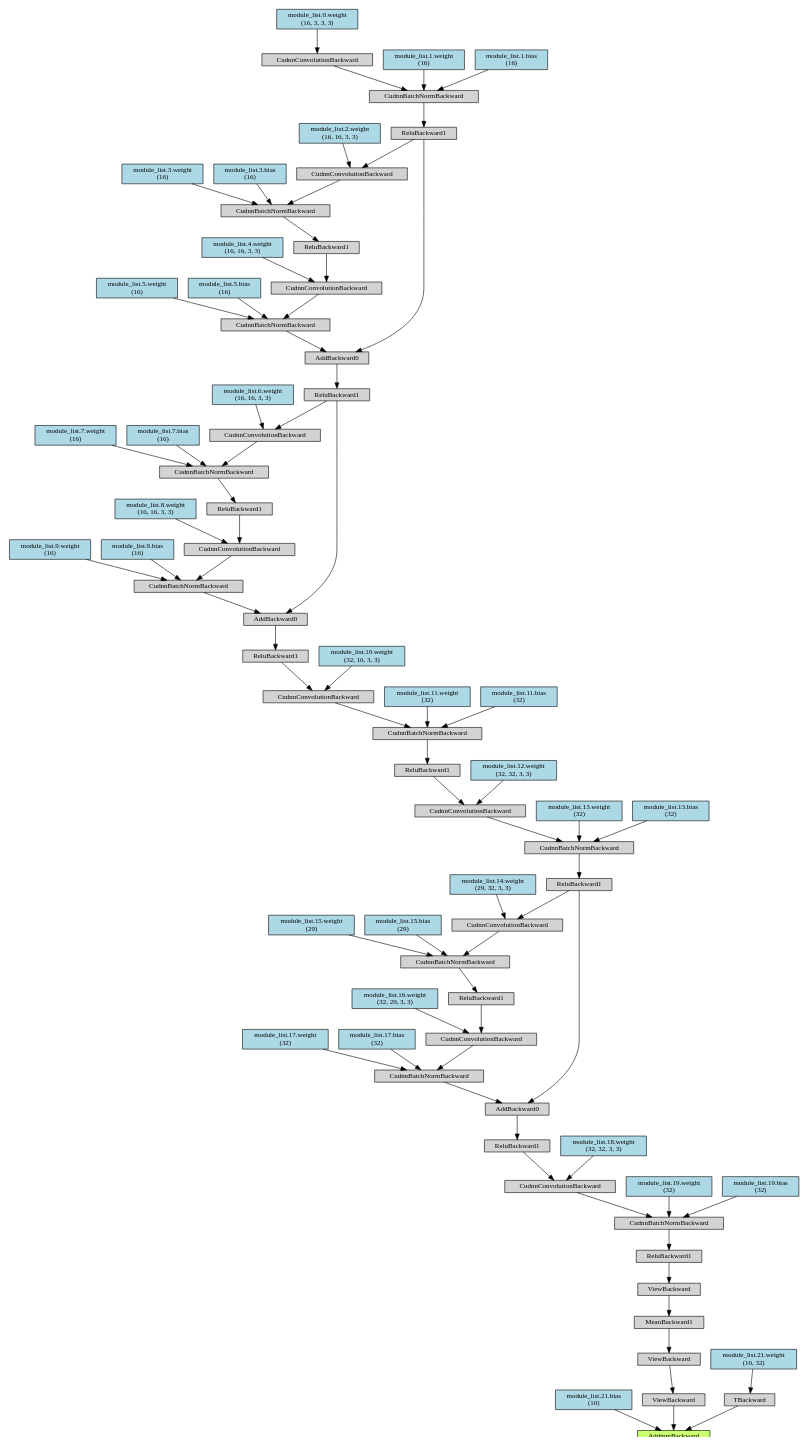
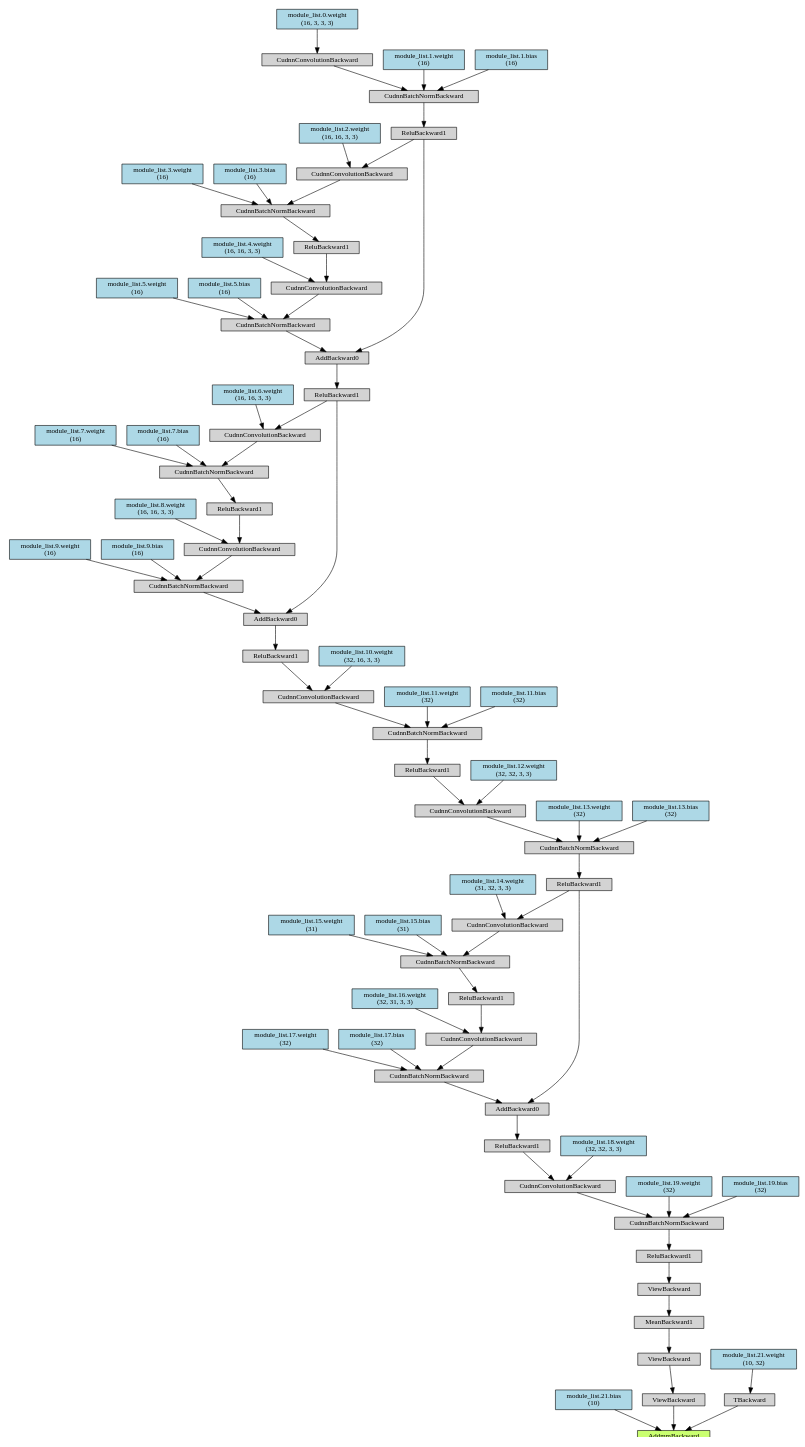
The diagram in PruneTrain5_0.dot (j3ssi/MA_Source), drawn with Graphviz before and after one commit. The commit also changed 50 other files, not shown here.

```diff
--- a/PruneTrain5_0.dot
+++ b/PruneTrain5_0.dot
@@ -1,180 +1,180 @@
 digraph {
 	graph [size="21.599999999999998,21.599999999999998"]
 	node [align=left fontsize=12 height=0.2 ranksep=0.1 shape=box style=filled]
-	140474094334976 [label=AddmmBackward fillcolor=darkolivegreen1]
-	140474094334696 -> 140474094334976
-	140474094334696 [label="module_list.21.bias
+	140367791400384 [label=AddmmBackward fillcolor=darkolivegreen1]
+	140366090805144 -> 140367791400384
+	140366090805144 [label="module_list.21.bias
  (10)" fillcolor=lightblue]
-	140474094359104 -> 140474094334976
-	140474094359104 [label=ViewBackward]
-	140474093942824 -> 140474094359104
-	140474093942824 [label=ViewBackward]
-	140474093942880 -> 140474093942824
-	140474093942880 [label=MeanBackward1]
-	140474093942768 -> 140474093942880
-	140474093942768 [label=ViewBackward]
-	140474093942656 -> 140474093942768
-	140474093942656 [label=ReluBackward1]
-	140474093942544 -> 140474093942656
-	140474093942544 [label=CudnnBatchNormBackward]
-	140474093942320 -> 140474093942544
-	140474093942320 [label=CudnnConvolutionBackward]
-	140474093940976 -> 140474093942320
-	140474093940976 [label=ReluBackward1]
-	140474093942040 -> 140474093940976
-	140474093942040 [label=AddBackward0]
-	140474093941984 -> 140474093942040
-	140474093941984 [label=ReluBackward1]
-	140474093941536 -> 140474093941984
-	140474093941536 [label=CudnnBatchNormBackward]
-	140474093941256 -> 140474093941536
-	140474093941256 [label=CudnnConvolutionBackward]
-	140474093942936 -> 140474093941256
-	140474093942936 [label=ReluBackward1]
-	140474093943104 -> 140474093942936
-	140474093943104 [label=CudnnBatchNormBackward]
-	140474093943272 -> 140474093943104
-	140474093943272 [label=CudnnConvolutionBackward]
-	140474093943496 -> 140474093943272
-	140474093943496 [label=ReluBackward1]
-	140474093943664 -> 140474093943496
-	140474093943664 [label=AddBackward0]
-	140474093943832 -> 140474093943664
-	140474093943832 [label=ReluBackward1]
-	140474093944000 -> 140474093943832
-	140474093944000 [label=AddBackward0]
-	140474093944168 -> 140474093944000
-	140474093944168 [label=ReluBackward1]
-	140474093944336 -> 140474093944168
-	140474093944336 [label=CudnnBatchNormBackward]
-	140474093944504 -> 140474093944336
-	140474093944504 [label=CudnnConvolutionBackward]
-	140474093944728 -> 140474093944504
-	140474093944728 [label="module_list.0.weight
+	140366090803016 -> 140367791400384
+	140366090803016 [label=ViewBackward]
+	140366089795232 -> 140366090803016
+	140366089795232 [label=ViewBackward]
+	140366089794112 -> 140366089795232
+	140366089794112 [label=MeanBackward1]
+	140366089794896 -> 140366089794112
+	140366089794896 [label=ViewBackward]
+	140366089794504 -> 140366089794896
+	140366089794504 [label=ReluBackward1]
+	140366089793608 -> 140366089794504
+	140366089793608 [label=CudnnBatchNormBackward]
+	140366089794672 -> 140366089793608
+	140366089794672 [label=CudnnConvolutionBackward]
+	140366089793944 -> 140366089794672
+	140366089793944 [label=ReluBackward1]
+	140366089793720 -> 140366089793944
+	140366089793720 [label=AddBackward0]
+	140366089564232 -> 140366089793720
+	140366089564232 [label=ReluBackward1]
+	140366089763808 -> 140366089564232
+	140366089763808 [label=CudnnBatchNormBackward]
+	140366089762576 -> 140366089763808
+	140366089762576 [label=CudnnConvolutionBackward]
+	140366089764200 -> 140366089762576
+	140366089764200 [label=ReluBackward1]
+	140366089763696 -> 140366089764200
+	140366089763696 [label=CudnnBatchNormBackward]
+	140366089762744 -> 140366089763696
+	140366089762744 [label=CudnnConvolutionBackward]
+	140366089764144 -> 140366089762744
+	140366089764144 [label=ReluBackward1]
+	140366089763584 -> 140366089764144
+	140366089763584 [label=AddBackward0]
+	140366089762688 -> 140366089763584
+	140366089762688 [label=ReluBackward1]
+	140366089761232 -> 140366089762688
+	140366089761232 [label=AddBackward0]
+	140366089762240 -> 140366089761232
+	140366089762240 [label=ReluBackward1]
+	140366089761736 -> 140366089762240
+	140366089761736 [label=CudnnBatchNormBackward]
+	140366089762408 -> 140366089761736
+	140366089762408 [label=CudnnConvolutionBackward]
+	140366089761008 -> 140366089762408
+	140366089761008 [label="module_list.0.weight
  (16, 3, 3, 3)" fillcolor=lightblue]
-	140474093944560 -> 140474093944336
-	140474093944560 [label="module_list.1.weight
+	140366089762128 -> 140366089761736
+	140366089762128 [label="module_list.1.weight
  (16)" fillcolor=lightblue]
-	140474093944616 -> 140474093944336
-	140474093944616 [label="module_list.1.bias
+	140366089762072 -> 140366089761736
+	140366089762072 [label="module_list.1.bias
  (16)" fillcolor=lightblue]
-	140474093944224 -> 140474093944000
-	140474093944224 [label=CudnnBatchNormBackward]
-	140474093944392 -> 140474093944224
-	140474093944392 [label=CudnnConvolutionBackward]
-	140473264648320 -> 140474093944392
-	140473264648320 [label=ReluBackward1]
-	140473264648488 -> 140473264648320
-	140473264648488 [label=CudnnBatchNormBackward]
-	140473264648600 -> 140473264648488
-	140473264648600 [label=CudnnConvolutionBackward]
-	140474093944168 -> 140473264648600
-	140473264648824 -> 140473264648600
-	140473264648824 [label="module_list.2.weight
+	140366089762856 -> 140366089761232
+	140366089762856 [label=CudnnBatchNormBackward]
+	140366089762352 -> 140366089762856
+	140366089762352 [label=CudnnConvolutionBackward]
+	140366089761792 -> 140366089762352
+	140366089761792 [label=ReluBackward1]
+	140366089761624 -> 140366089761792
+	140366089761624 [label=CudnnBatchNormBackward]
+	140366089760896 -> 140366089761624
+	140366089760896 [label=CudnnConvolutionBackward]
+	140366089762240 -> 140366089760896
+	140366089654112 -> 140366089760896
+	140366089654112 [label="module_list.2.weight
  (16, 16, 3, 3)" fillcolor=lightblue]
-	140473264648656 -> 140473264648488
-	140473264648656 [label="module_list.3.weight
+	140366089761400 -> 140366089761624
+	140366089761400 [label="module_list.3.weight
  (16)" fillcolor=lightblue]
-	140473264648712 -> 140473264648488
-	140473264648712 [label="module_list.3.bias
+	140366087751384 -> 140366089761624
+	140366087751384 [label="module_list.3.bias
  (16)" fillcolor=lightblue]
-	140473264648376 -> 140474093944392
-	140473264648376 [label="module_list.4.weight
+	140366089761904 -> 140366089762352
+	140366089761904 [label="module_list.4.weight
  (16, 16, 3, 3)" fillcolor=lightblue]
-	140474093944672 -> 140474093944224
-	140474093944672 [label="module_list.5.weight
+	140366089761456 -> 140366089762856
+	140366089761456 [label="module_list.5.weight
  (16)" fillcolor=lightblue]
-	140474093944784 -> 140474093944224
-	140474093944784 [label="module_list.5.bias
+	140366089762296 -> 140366089762856
+	140366089762296 [label="module_list.5.bias
  (16)" fillcolor=lightblue]
-	140474093943888 -> 140474093943664
-	140474093943888 [label=CudnnBatchNormBackward]
-	140474093944056 -> 140474093943888
-	140474093944056 [label=CudnnConvolutionBackward]
-	140473264648768 -> 140474093944056
-	140473264648768 [label=ReluBackward1]
-	140473264648992 -> 140473264648768
-	140473264648992 [label=CudnnBatchNormBackward]
-	140473264648936 -> 140473264648992
-	140473264648936 [label=CudnnConvolutionBackward]
-	140474093943832 -> 140473264648936
-	140473264649272 -> 140473264648936
-	140473264649272 [label="module_list.6.weight
+	140366089763472 -> 140366089763584
+	140366089763472 [label=CudnnBatchNormBackward]
+	140366087693032 -> 140366089763472
+	140366087693032 [label=CudnnConvolutionBackward]
+	140366089762016 -> 140366087693032
+	140366089762016 [label=ReluBackward1]
+	140366089654056 -> 140366089762016
+	140366089654056 [label=CudnnBatchNormBackward]
+	140366087807384 -> 140366089654056
+	140366087807384 [label=CudnnConvolutionBackward]
+	140366089762688 -> 140366087807384
+	140366087808336 -> 140366087807384
+	140366087808336 [label="module_list.6.weight
  (16, 16, 3, 3)" fillcolor=lightblue]
-	140473264649104 -> 140473264648992
-	140473264649104 [label="module_list.7.weight
+	140366087809344 -> 140366089654056
+	140366087809344 [label="module_list.7.weight
  (16)" fillcolor=lightblue]
-	140473264649160 -> 140473264648992
-	140473264649160 [label="module_list.7.bias
+	140366087808728 -> 140366089654056
+	140366087808728 [label="module_list.7.bias
  (16)" fillcolor=lightblue]
-	140473264648880 -> 140474093944056
-	140473264648880 [label="module_list.8.weight
+	140366089761680 -> 140366087693032
+	140366089761680 [label="module_list.8.weight
  (16, 16, 3, 3)" fillcolor=lightblue]
-	140474093944280 -> 140474093943888
-	140474093944280 [label="module_list.9.weight
+	140366089761960 -> 140366089763472
+	140366089761960 [label="module_list.9.weight
  (16)" fillcolor=lightblue]
-	140473264648264 -> 140474093943888
-	140473264648264 [label="module_list.9.bias
+	140366089762912 -> 140366089763472
+	140366089762912 [label="module_list.9.bias
  (16)" fillcolor=lightblue]
-	140474093943552 -> 140474093943272
-	140474093943552 [label="module_list.10.weight
+	140366089762968 -> 140366089762744
+	140366089762968 [label="module_list.10.weight
  (32, 16, 3, 3)" fillcolor=lightblue]
-	140474093943328 -> 140474093943104
-	140474093943328 [label="module_list.11.weight
+	140366089764312 -> 140366089763696
+	140366089764312 [label="module_list.11.weight
  (32)" fillcolor=lightblue]
-	140474093943384 -> 140474093943104
-	140474093943384 [label="module_list.11.bias
+	140366089762464 -> 140366089763696
+	140366089762464 [label="module_list.11.bias
  (32)" fillcolor=lightblue]
-	140474093942992 -> 140474093941256
-	140474093942992 [label="module_list.12.weight
+	140366089764368 -> 140366089762576
+	140366089764368 [label="module_list.12.weight
  (32, 32, 3, 3)" fillcolor=lightblue]
-	140474093941312 -> 140474093941536
-	140474093941312 [label="module_list.13.weight
+	140366089764760 -> 140366089763808
+	140366089764760 [label="module_list.13.weight
  (32)" fillcolor=lightblue]
-	140474093940920 -> 140474093941536
-	140474093940920 [label="module_list.13.bias
+	140366089761848 -> 140366089763808
+	140366089761848 [label="module_list.13.bias
  (32)" fillcolor=lightblue]
-	140474093941144 -> 140474093942040
-	140474093941144 [label=CudnnBatchNormBackward]
-	140474093941424 -> 140474093941144
-	140474093941424 [label=CudnnConvolutionBackward]
-	140474093943608 -> 140474093941424
-	140474093943608 [label=ReluBackward1]
-	140474093943720 -> 140474093943608
-	140474093943720 [label=CudnnBatchNormBackward]
-	140473264648544 -> 140474093943720
-	140473264648544 [label=CudnnConvolutionBackward]
-	140474093941984 -> 140473264648544
-	140473264649440 -> 140473264648544
-	140473264649440 [label="module_list.14.weight
- (29, 32, 3, 3)" fillcolor=lightblue]
-	140473264649216 -> 140474093943720
-	140473264649216 [label="module_list.15.weight
- (29)" fillcolor=lightblue]
-	140473264649328 -> 140474093943720
-	140473264649328 [label="module_list.15.bias
- (29)" fillcolor=lightblue]
-	140474093943160 -> 140474093941424
-	140474093943160 [label="module_list.16.weight
- (32, 29, 3, 3)" fillcolor=lightblue]
-	140474093941032 -> 140474093941144
-	140474093941032 [label="module_list.17.weight
+	140366089564848 -> 140366089793720
+	140366089564848 [label=CudnnBatchNormBackward]
+	140366089764424 -> 140366089564848
+	140366089764424 [label=CudnnConvolutionBackward]
+	140366089761120 -> 140366089764424
+	140366089761120 [label=ReluBackward1]
+	140366089761344 -> 140366089761120
+	140366089761344 [label=CudnnBatchNormBackward]
+	140366089653944 -> 140366089761344
+	140366089653944 [label=CudnnConvolutionBackward]
+	140366089564232 -> 140366089653944
+	140366087808000 -> 140366089653944
+	140366087808000 [label="module_list.14.weight
+ (31, 32, 3, 3)" fillcolor=lightblue]
+	140366089654168 -> 140366089761344
+	140366089654168 [label="module_list.15.weight
+ (31)" fillcolor=lightblue]
+	140366087807664 -> 140366089761344
+	140366087807664 [label="module_list.15.bias
+ (31)" fillcolor=lightblue]
+	140366089761064 -> 140366089764424
+	140366089761064 [label="module_list.16.weight
+ (32, 31, 3, 3)" fillcolor=lightblue]
+	140366089763920 -> 140366089564848
+	140366089763920 [label="module_list.17.weight
  (32)" fillcolor=lightblue]
-	140474093943048 -> 140474093941144
-	140474093943048 [label="module_list.17.bias
+	140366089763640 -> 140366089564848
+	140366089763640 [label="module_list.17.bias
  (32)" fillcolor=lightblue]
-	140474093941368 -> 140474093942320
-	140474093941368 [label="module_list.18.weight
+	140366089794000 -> 140366089794672
+	140366089794000 [label="module_list.18.weight
  (32, 32, 3, 3)" fillcolor=lightblue]
-	140474093942264 -> 140474093942544
-	140474093942264 [label="module_list.19.weight
+	140366089794224 -> 140366089793608
+	140366089794224 [label="module_list.19.weight
  (32)" fillcolor=lightblue]
-	140474093941704 -> 140474093942544
-	140474093941704 [label="module_list.19.bias
+	140366089794168 -> 140366089793608
+	140366089794168 [label="module_list.19.bias
  (32)" fillcolor=lightblue]
-	140474094362240 -> 140474094334976
-	140474094362240 [label=TBackward]
-	140474093942152 -> 140474094362240
-	140474093942152 [label="module_list.21.weight
+	140366089787208 -> 140367791400384
+	140366089787208 [label=TBackward]
+	140366089795176 -> 140366089787208
+	140366089795176 [label="module_list.21.weight
  (10, 32)" fillcolor=lightblue]
 }
```
